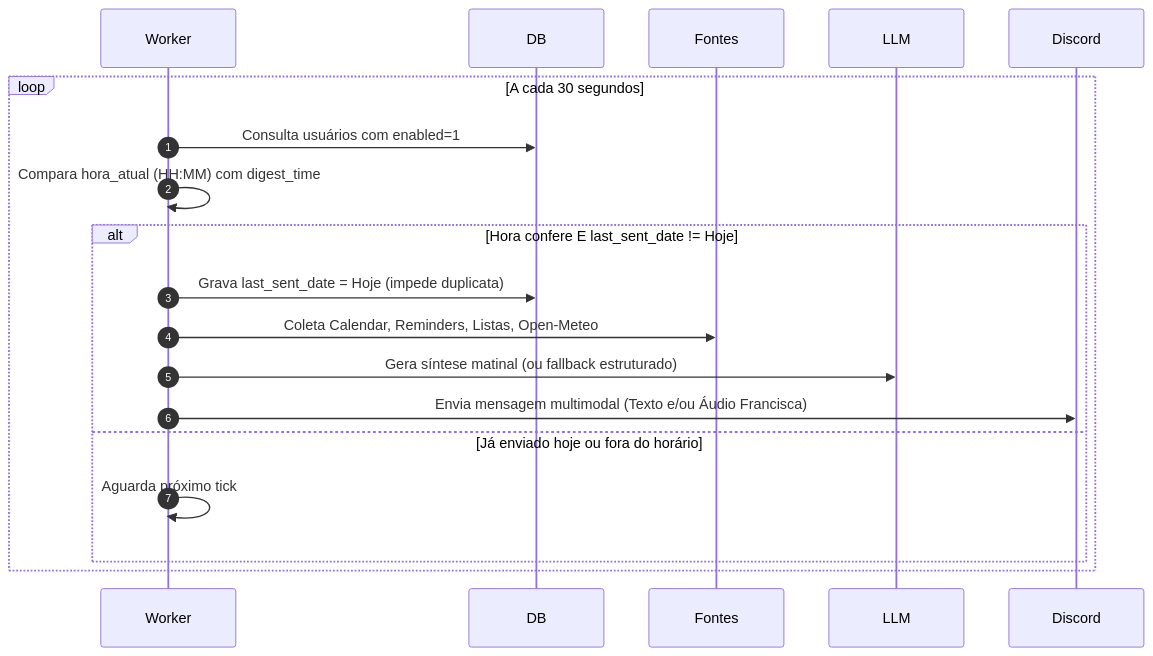
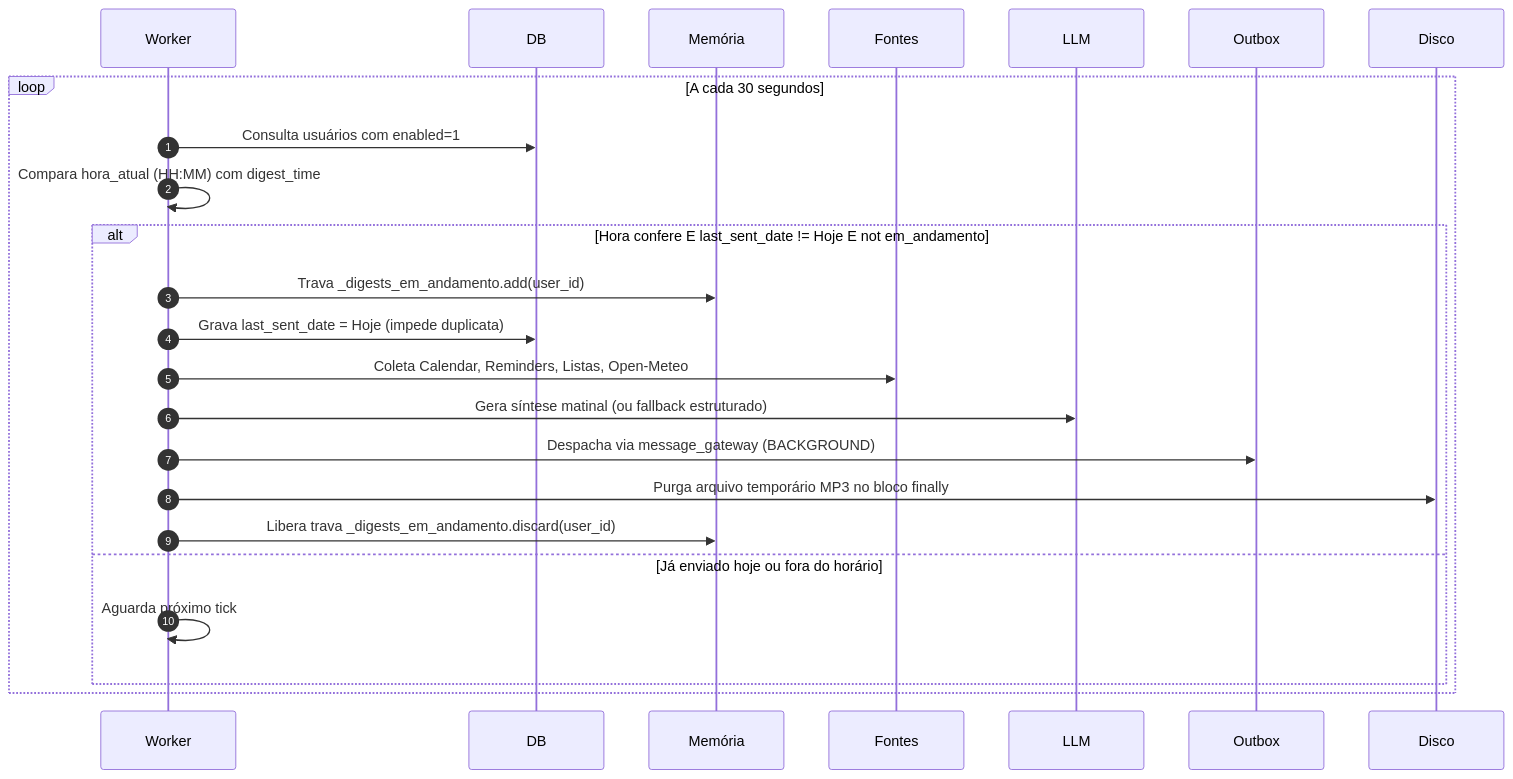
Before and after one commit to rseibtmodel/agentes_ufg: the diagram in discord/SPECs/modulos_visiveis/08_RESUMO_MATINAL_DIGEST.md, drawn with Mermaid. The commit also changed other lines of this file and 114 other files, not shown here.

````diff
--- a/discord/SPECs/modulos_visiveis/08_RESUMO_MATINAL_DIGEST.md
+++ b/discord/SPECs/modulos_visiveis/08_RESUMO_MATINAL_DIGEST.md
@@ -72,16 +77,19 @@
 ```mermaid
 sequenceDiagram
     autonumber
     loop A cada 30 segundos
         Worker->>DB: Consulta usuários com enabled=1
         Worker->>Worker: Compara hora_atual (HH:MM) com digest_time
-        alt Hora confere E last_sent_date != Hoje
+        alt Hora confere E last_sent_date != Hoje E not em_andamento
+            Worker->>Memória: Trava _digests_em_andamento.add(user_id)
             Worker->>DB: Grava last_sent_date = Hoje (impede duplicata)
             Worker->>Fontes: Coleta Calendar, Reminders, Listas, Open-Meteo
             Worker->>LLM: Gera síntese matinal (ou fallback estruturado)
-            Worker->>Discord: Envia mensagem multimodal (Texto e/ou Áudio Francisca)
+            Worker->>Outbox: Despacha via message_gateway (BACKGROUND)
+            Worker->>Disco: Purga arquivo temporário MP3 no bloco finally
+            Worker->>Memória: Libera trava _digests_em_andamento.discard(user_id)
         else Já enviado hoje ou fora do horário
             Worker->>Worker: Aguarda próximo tick
         end
     end
 ```
````
